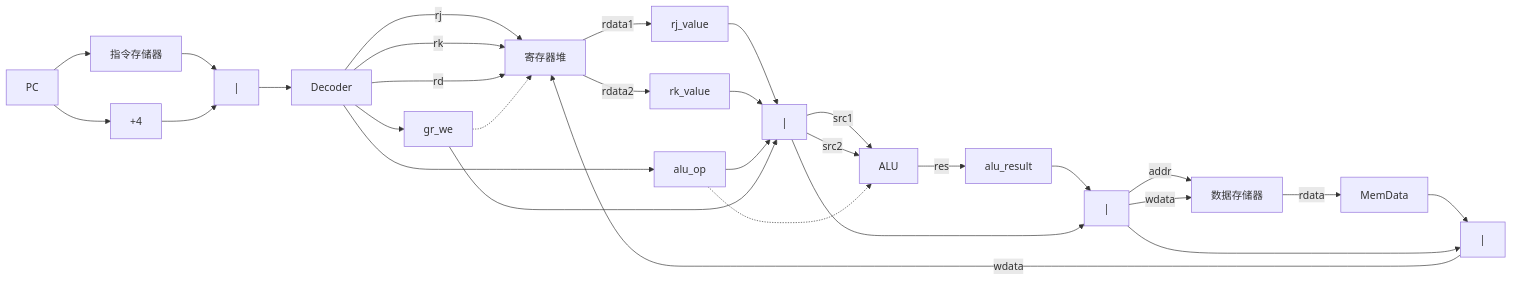
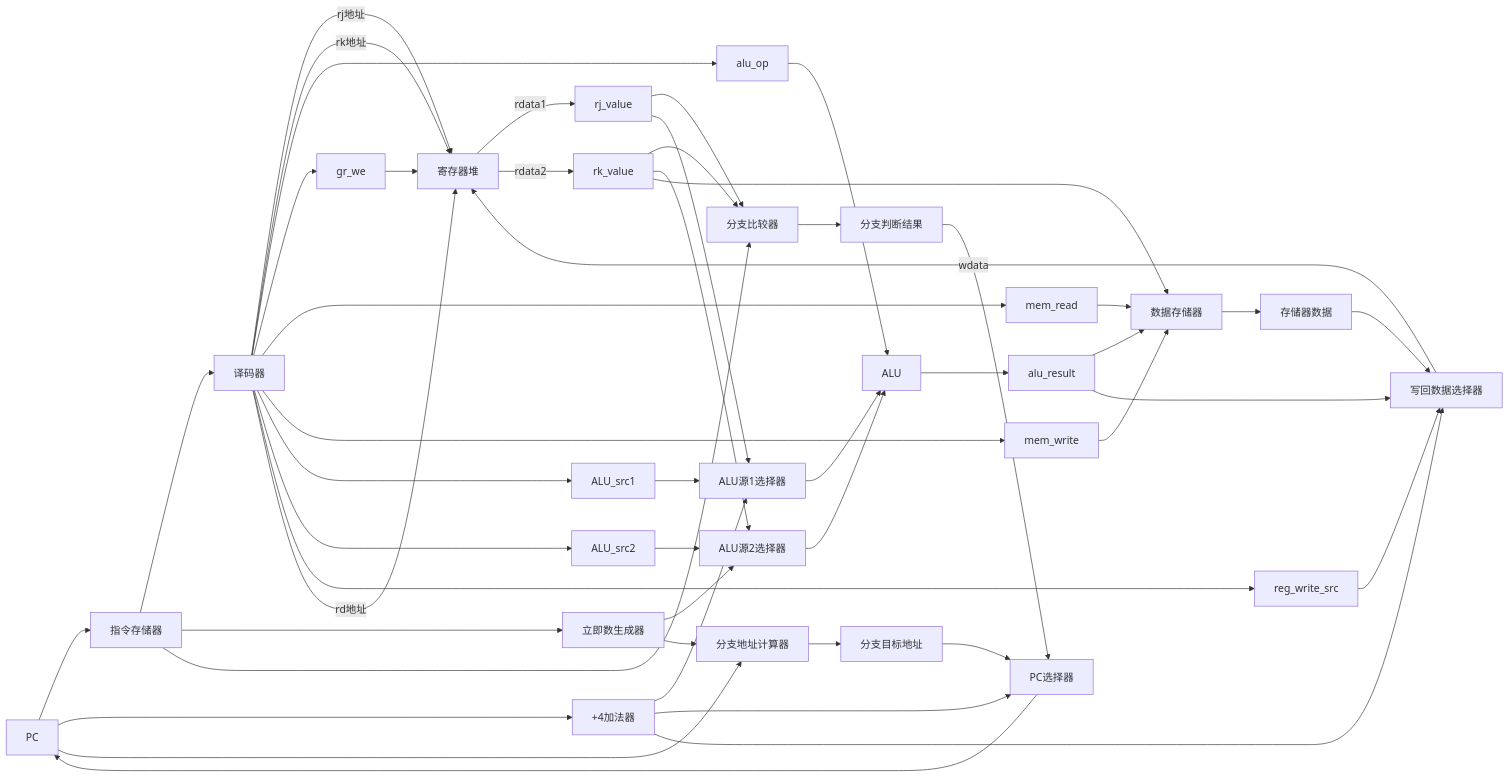
The diagram in riscv_datapath.md (zhangjiaqizaza/riscv-datapath), drawn with Mermaid before and after one commit. The commit also changed other lines of this file, not shown here.

````diff
--- a/riscv_datapath.md
+++ b/riscv_datapath.md
@@ -3,55 +3,77 @@
 ```mermaid
 flowchart LR
-    %% IF阶段
+    %% 单周期CPU设计 - 无流水线寄存器
+    
+    %% 指令提取
     PC[PC] --> InstMem[指令存储器]
-    PC --> Add4[+4]
+    PC --> PCAdd4[+4加法器]
     
-    %% 流水线寄存器用竖线表示
-    InstMem --> PipeIF["|"]
-    Add4 --> PipeIF
+    %% 指令译码和立即数生成
+    InstMem --> Decoder[译码器]
+    InstMem --> ImmGen[立即数生成器]
+    InstMem --> BranchComp[分支比较器]
     
-    %% ID阶段
-    PipeIF --> Decoder[Decoder]
-    Decoder --> |rj| RegFile[寄存器堆]
-    Decoder --> |rk| RegFile
-    Decoder --> |rd| RegFile
+    %% 寄存器堆读取
+    Decoder --> |rj地址| RegFile[寄存器堆]
+    Decoder --> |rk地址| RegFile
+    RegFile --> |rdata1| RjValue[rj_value]
+    RegFile --> |rdata2| RkValue[rk_value]
     
-    %% 寄存器堆输出
-    RegFile --> |rdata1| RjVal[rj_value]
-    RegFile --> |rdata2| RkVal[rk_value]
+    %% 分支比较
+    RjValue --> BranchComp
+    RkValue --> BranchComp
+    BranchComp --> BranchResult[分支判断结果]
     
-    %% 控制信号
-    Decoder --> ALUOpSig[alu_op]
-    Decoder --> RegWESig[gr_we]
+    %% 控制信号生成
+    Decoder --> ALUOp[alu_op]
+    Decoder --> RegWE[gr_we]
+    Decoder --> MemRead[mem_read]
+    Decoder --> MemWrite[mem_write]
+    Decoder --> ALUSrc1[ALU_src1]
+    Decoder --> ALUSrc2[ALU_src2]
+    Decoder --> RegWriteSrc[reg_write_src]
     
-    %% ID/EX流水线寄存器
-    RjVal --> PipeID["|"]
-    RkVal --> PipeID
-    ALUOpSig --> PipeID
-    RegWESig --> PipeID
+    %% ALU输入选择
+    RjValue --> ALUSrc1Mux[ALU源1选择器]
+    PCAdd4 --> ALUSrc1Mux
+    ALUSrc1 --> ALUSrc1Mux
+    ALUSrc1Mux --> ALU[ALU]
     
-    %% EX阶段
-    PipeID --> |src1| ALU[ALU]
-    PipeID --> |src2| ALU
-    ALU --> |res| ALUResult[alu_result]
+    RkValue --> ALUSrc2Mux[ALU源2选择器]
+    ImmGen --> ALUSrc2Mux
+    ALUSrc2 --> ALUSrc2Mux
+    ALUSrc2Mux --> ALU
     
-    %% EX/MEM流水线寄存器
-    ALUResult --> PipeEX["|"]
-    PipeID --> PipeEX
+    %% ALU运算
+    ALUOp --> ALU
+    ALU --> ALUResult[alu_result]
     
-    %% MEM阶段
-    PipeEX --> |addr| DataMem[数据存储器]
-    PipeEX --> |wdata| DataMem
-    DataMem --> |rdata| MemData
+    %% 分支地址计算
+    PC --> BranchAdder[分支地址计算器]
+    ImmGen --> BranchAdder
+    BranchAdder --> BranchAddr[分支目标地址]
     
-    %% MEM/WB流水线寄存器
-    MemData --> PipeMEM["|"]
-    PipeEX --> PipeMEM
+    %% 数据存储器访问
+    ALUResult --> DataMem[数据存储器]
+    RkValue --> DataMem
+    MemRead --> DataMem
+    MemWrite --> DataMem
+    DataMem --> MemData[存储器数据]
     
-    %% WB阶段
-    PipeMEM --> |wdata| RegFile
+    %% PC选择器
+    PCAdd4 --> PCMux[PC选择器]
+    BranchAddr --> PCMux
+    BranchResult --> PCMux
+    PCMux --> PC
     
-    %% 控制信号传递（蓝色线）
-    ALUOpSig -.-> ALU
-    RegWESig -.-> RegFile
+    %% 写回数据选择
+    ALUResult --> RegWriteMux[写回数据选择器]
+    MemData --> RegWriteMux
+    PCAdd4 --> RegWriteMux
+    RegWriteSrc --> RegWriteMux
+    
+    %% 寄存器写回
+    RegWriteMux --> |wdata| RegFile
+    Decoder --> |rd地址| RegFile
+    RegWE --> RegFile
 ```
````
